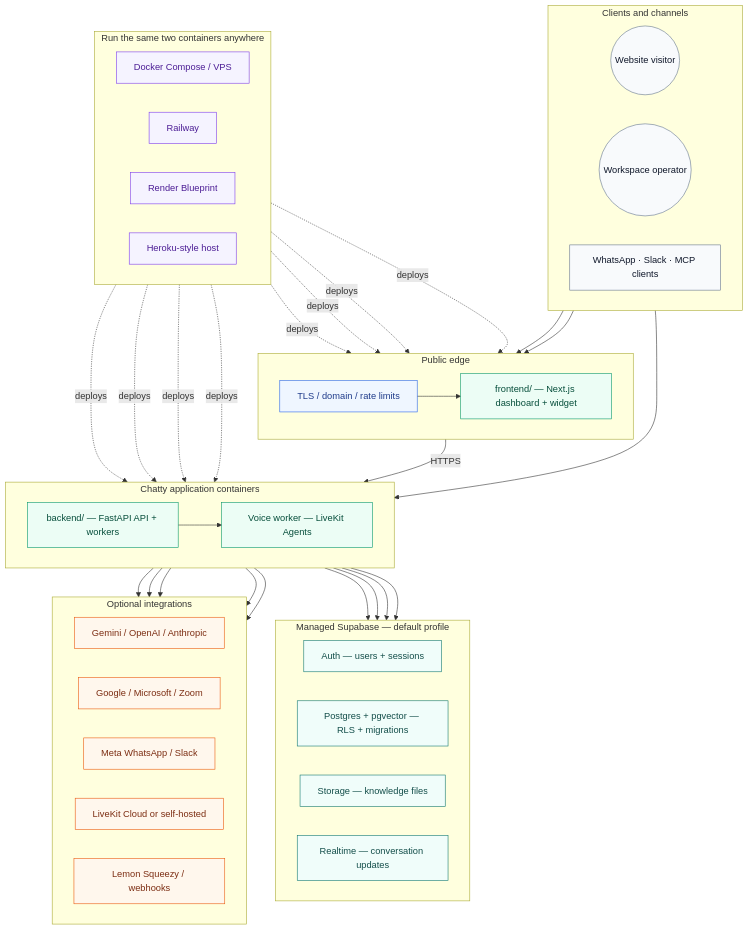
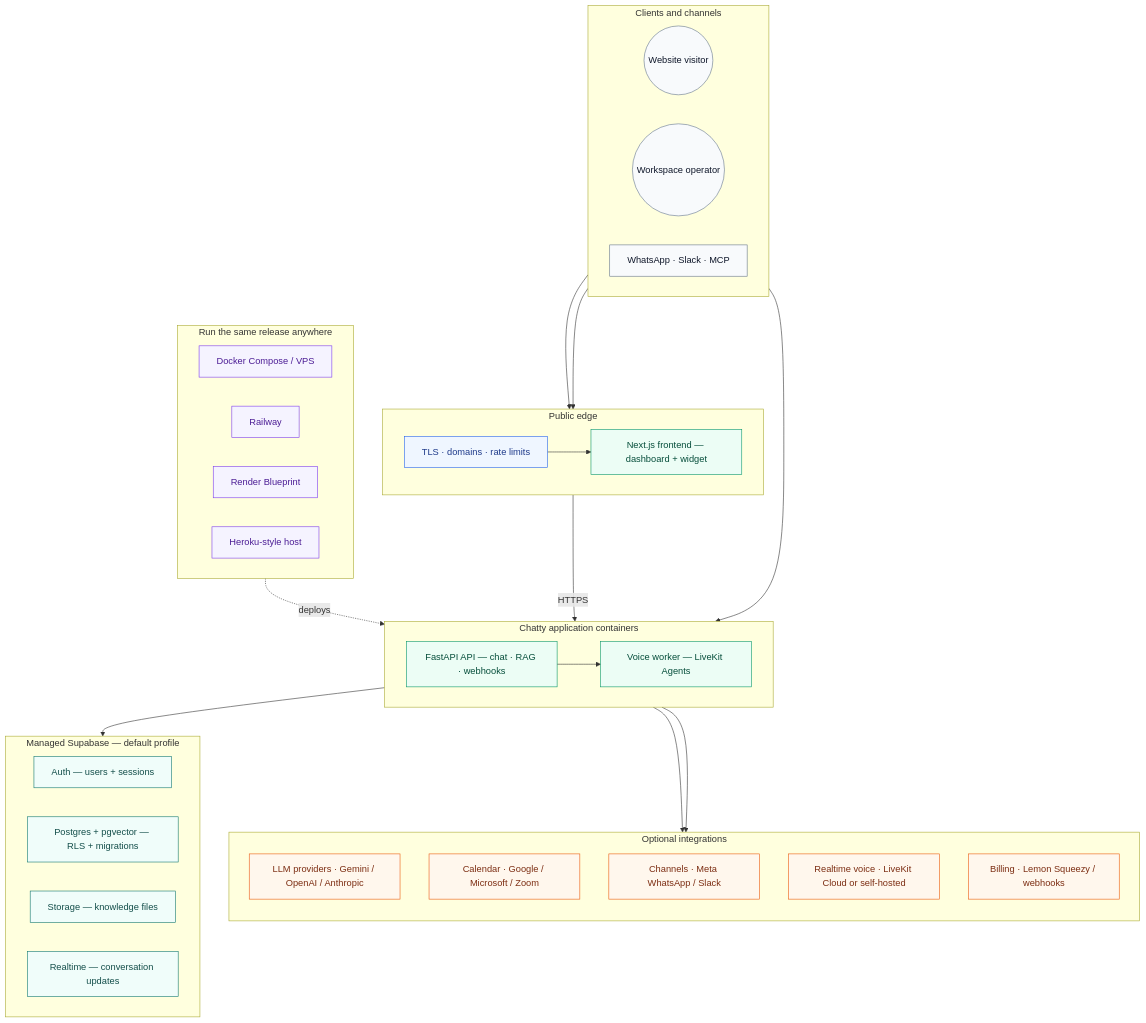
The diagram in src/app/(docs)/guides/self-hosting/page.mdx (Damayantha/chatty-docs), drawn with Mermaid before and after one commit.

Commit message:
docs: simplify self-hosting architecture diagram

````diff
--- a/src/app/(docs)/guides/self-hosting/page.mdx
+++ b/src/app/(docs)/guides/self-hosting/page.mdx
@@ -21,69 +21,58 @@
 ```mermaid
 flowchart TB
     classDef actor fill:#f8fafc,stroke:#64748b,color:#0f172a
     classDef edge fill:#eff6ff,stroke:#2563eb,color:#1e3a8a
     classDef app fill:#ecfdf5,stroke:#059669,color:#064e3b
     classDef data fill:#f0fdfa,stroke:#0f766e,color:#134e4a
     classDef integration fill:#fff7ed,stroke:#ea580c,color:#7c2d12
     classDef deploy fill:#f5f3ff,stroke:#7c3aed,color:#4c1d95
 
     subgraph clients["Clients and channels"]
         direction LR
         visitor(("Website visitor")):::actor
         operator(("Workspace operator")):::actor
-        channels["WhatsApp · Slack · MCP clients"]:::actor
+        channels["WhatsApp · Slack · MCP"]:::actor
     end
     subgraph edge["Public edge"]
         direction LR
-        tls["TLS / domain / rate limits"]:::edge
-        web["frontend/ — Next.js dashboard + widget"]:::app
+        tls["TLS · domains · rate limits"]:::edge
+        web["Next.js frontend — dashboard + widget"]:::app
     end
     subgraph compute["Chatty application containers"]
         direction LR
-        api["backend/ — FastAPI API + workers"]:::app
+        api["FastAPI API — chat · RAG · webhooks"]:::app
         voice["Voice worker — LiveKit Agents"]:::app
     end
     subgraph managed["Managed Supabase — default profile"]
         direction LR
         auth["Auth — users + sessions"]:::data
         postgres["Postgres + pgvector — RLS + migrations"]:::data
         storage["Storage — knowledge files"]:::data
         realtime["Realtime — conversation updates"]:::data
     end
     subgraph integrations["Optional integrations"]
-        direction LR
-        llm["Gemini / OpenAI / Anthropic"]:::integration
-        calendar["Google / Microsoft / Zoom"]:::integration
-        meta["Meta WhatsApp / Slack"]:::integration
-        livekit["LiveKit Cloud or self-hosted"]:::integration
-        billing["Lemon Squeezy / webhooks"]:::integration
+        direction TB
+        llm["LLM providers · Gemini / OpenAI / Anthropic"]:::integration
+        calendar["Calendar · Google / Microsoft / Zoom"]:::integration
+        meta["Channels · Meta WhatsApp / Slack"]:::integration
+        livekit["Realtime voice · LiveKit Cloud or self-hosted"]:::integration
+        billing["Billing · Lemon Squeezy / webhooks"]:::integration
     end
-    subgraph targets["Run the same two containers anywhere"]
+    subgraph targets["Run the same release anywhere"]
         direction LR
         docker["Docker Compose / VPS"]:::deploy
         railway["Railway"]:::deploy
         render["Render Blueprint"]:::deploy
         heroku["Heroku-style host"]:::deploy
     end
-    visitor --> tls --> web
+    visitor --> tls
     operator --> web
     channels --> api
+    tls --> web
     web -->|HTTPS| api
-    api --> auth
-    api --> postgres
-    api --> storage
-    api --> realtime
-    api --> llm
-    api --> calendar
-    api --> meta
-    api --> billing
-    api --> voice --> livekit
-    docker -. deploys .-> web
-    docker -. deploys .-> api
-    railway -. deploys .-> web
-    railway -. deploys .-> api
-    render -. deploys .-> web
-    render -. deploys .-> api
-    heroku -. deploys .-> web
-    heroku -. deploys .-> api
+    api --> voice
+    api --> managed
+    api --> integrations
+    voice --> livekit
+    targets -. deploys .-> compute
 ```
````
